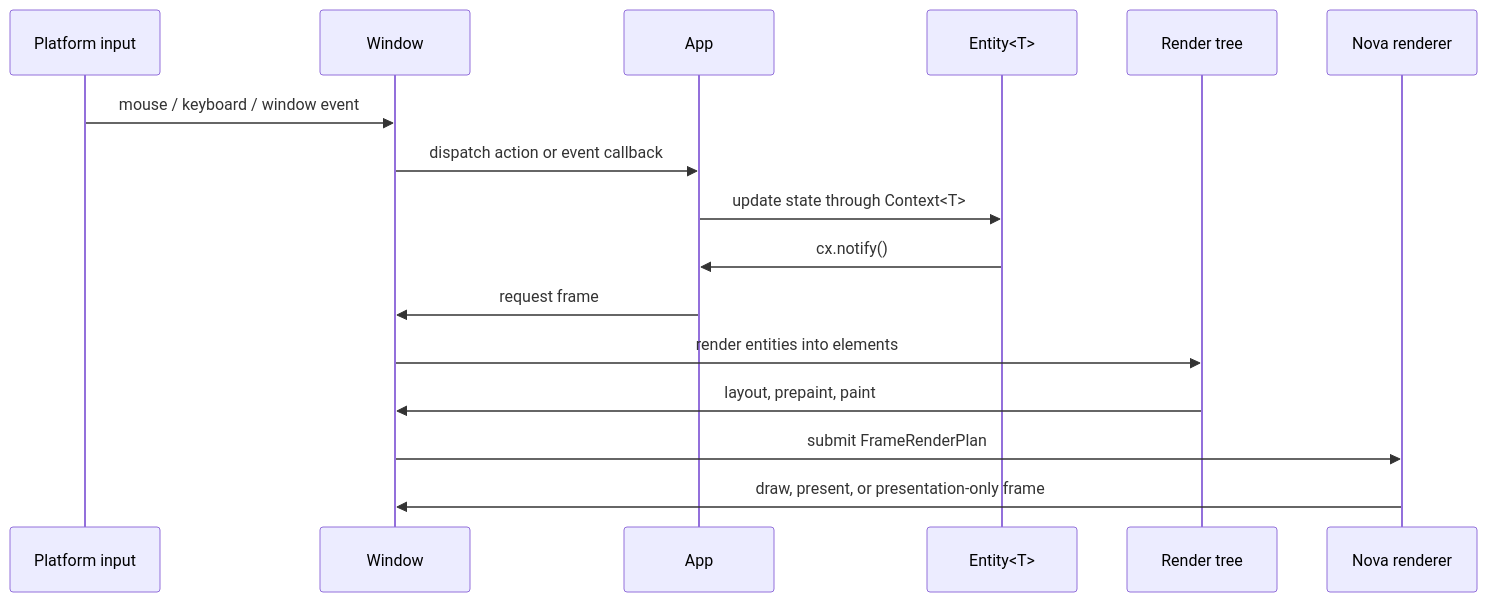
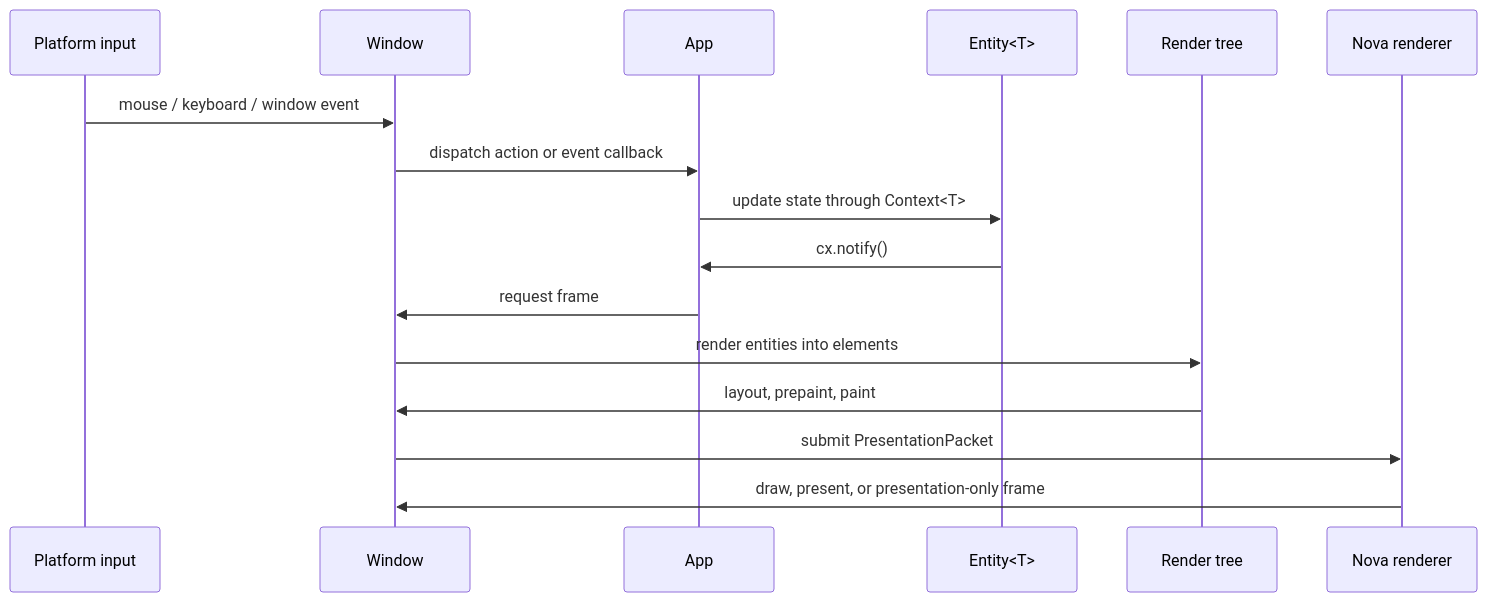
The second of 2 diagrams in crates/gpui/README.md (Chlna6666/Better-Minecraft-Bedrock-Launcher), drawn with Mermaid before and after one commit. The commit also changed other lines of this file and 20 other files, not shown here.

````diff
--- a/crates/gpui/README.md
+++ b/crates/gpui/README.md
@@ -141,19 +141,19 @@
 ```mermaid
 sequenceDiagram
     participant Input as Platform input
     participant Window as Window
     participant App as App
     participant Entity as Entity<T>
     participant Render as Render tree
     participant Renderer as Nova renderer
 
     Input->>Window: mouse / keyboard / window event
     Window->>App: dispatch action or event callback
     App->>Entity: update state through Context<T>
     Entity->>App: cx.notify()
     App->>Window: request frame
     Window->>Render: render entities into elements
     Render->>Window: layout, prepaint, paint
-    Window->>Renderer: submit FrameRenderPlan
+    Window->>Renderer: submit PresentationPacket
     Renderer->>Window: draw, present, or presentation-only frame
 ```
````
